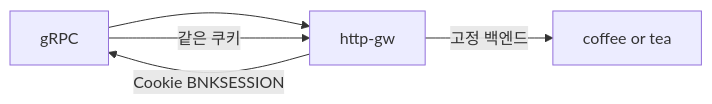
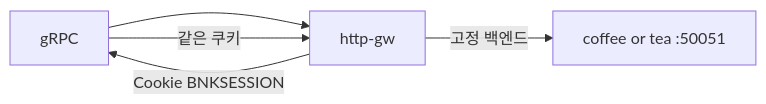
The diagram in Advanced_Feature/3.15_GRPCRoute_SessionPersistence/README.md (mink0119/2609_f5bnk), drawn with Mermaid before and after one commit. The commit also changed other lines of this file and 80 other files, not shown here.

````diff
--- a/Advanced_Feature/3.15_GRPCRoute_SessionPersistence/README.md
+++ b/Advanced_Feature/3.15_GRPCRoute_SessionPersistence/README.md
@@ -5,7 +10,7 @@
 ```mermaid
 flowchart LR
   C[gRPC] --> GW[http-gw]
   GW -->|Cookie BNKSESSION| C
   C -->|같은 쿠키| GW
-  GW -->|고정 백엔드| P1[coffee or tea]
+  GW -->|고정 백엔드| P1[coffee or tea :50051]
 ```
````
